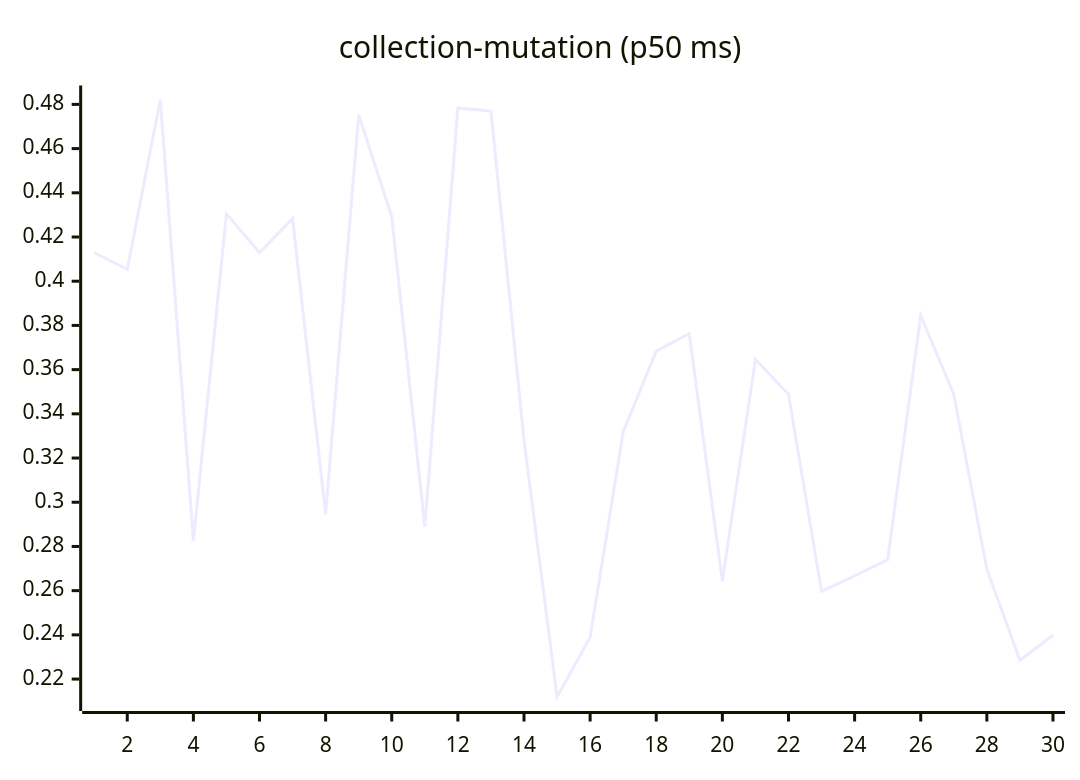
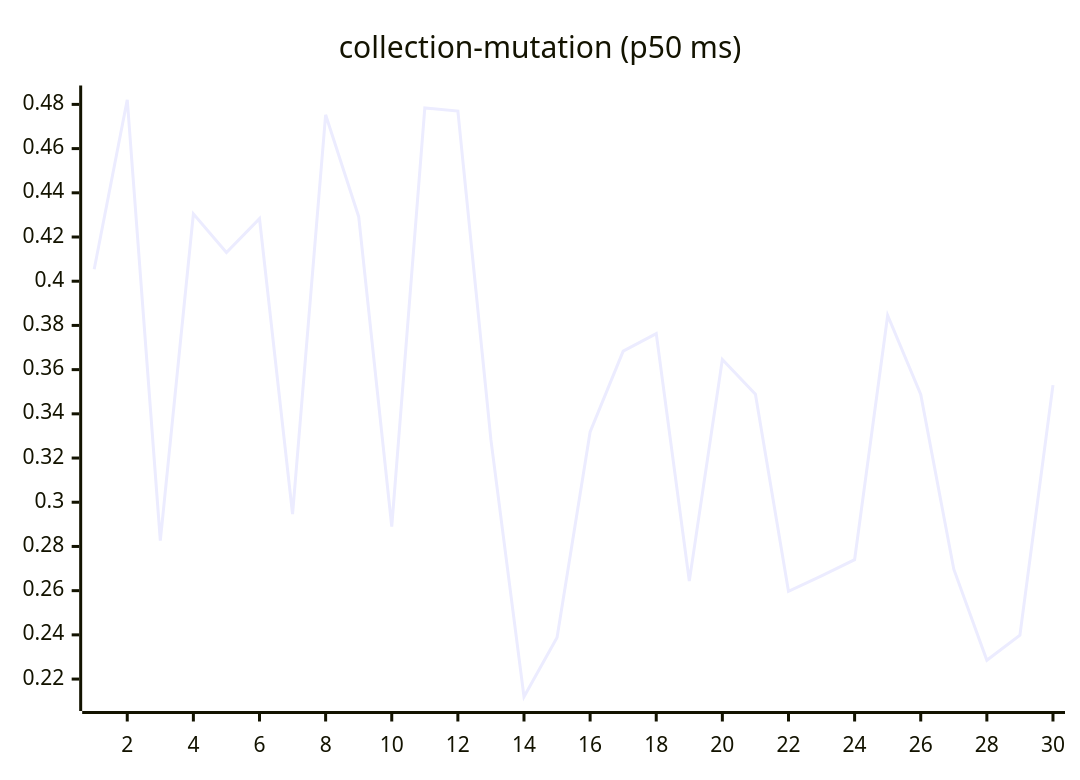
Before and after one commit to josha/Facet: the sixth of 27 diagrams in README.md, drawn with Mermaid. The commit also changed other lines of this file and 2 other files, not shown here.

````diff
--- a/README.md
+++ b/README.md
@@ -98,6 +98,6 @@
 ```mermaid
 xychart-beta
     title "collection-mutation (p50 ms)"
     x-axis 1 --> 30
-    line [0.4129, 0.4054, 0.4821, 0.2826, 0.4305, 0.4130, 0.4283, 0.2946, 0.4753, 0.4292, 0.2890, 0.4784, 0.4770, 0.3282, 0.2120, 0.2388, 0.3318, 0.3684, 0.3763, 0.2643, 0.3646, 0.3489, 0.2597, 0.2667, 0.2740, 0.3845, 0.3488, 0.2697, 0.2285, 0.2398]
+    line [0.4054, 0.4821, 0.2826, 0.4305, 0.4130, 0.4283, 0.2946, 0.4753, 0.4292, 0.2890, 0.4784, 0.4770, 0.3282, 0.2120, 0.2388, 0.3318, 0.3684, 0.3763, 0.2643, 0.3646, 0.3489, 0.2597, 0.2667, 0.2740, 0.3845, 0.3488, 0.2697, 0.2285, 0.2398, 0.3530]
 ```
````
